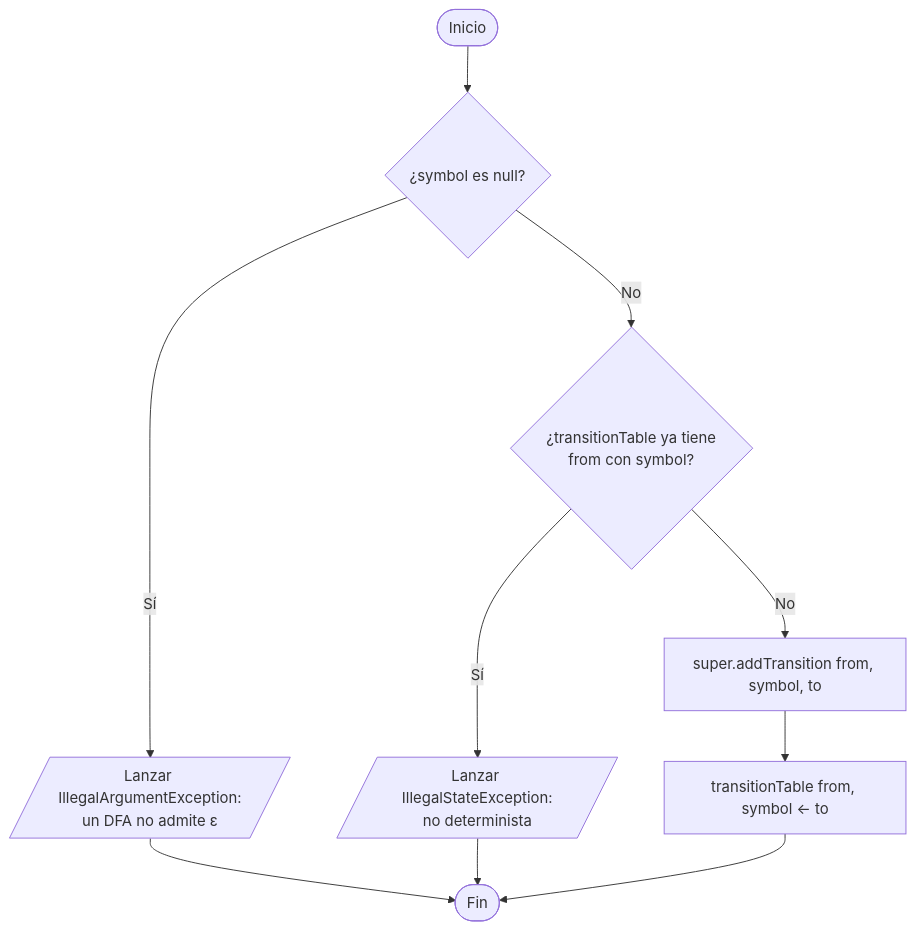
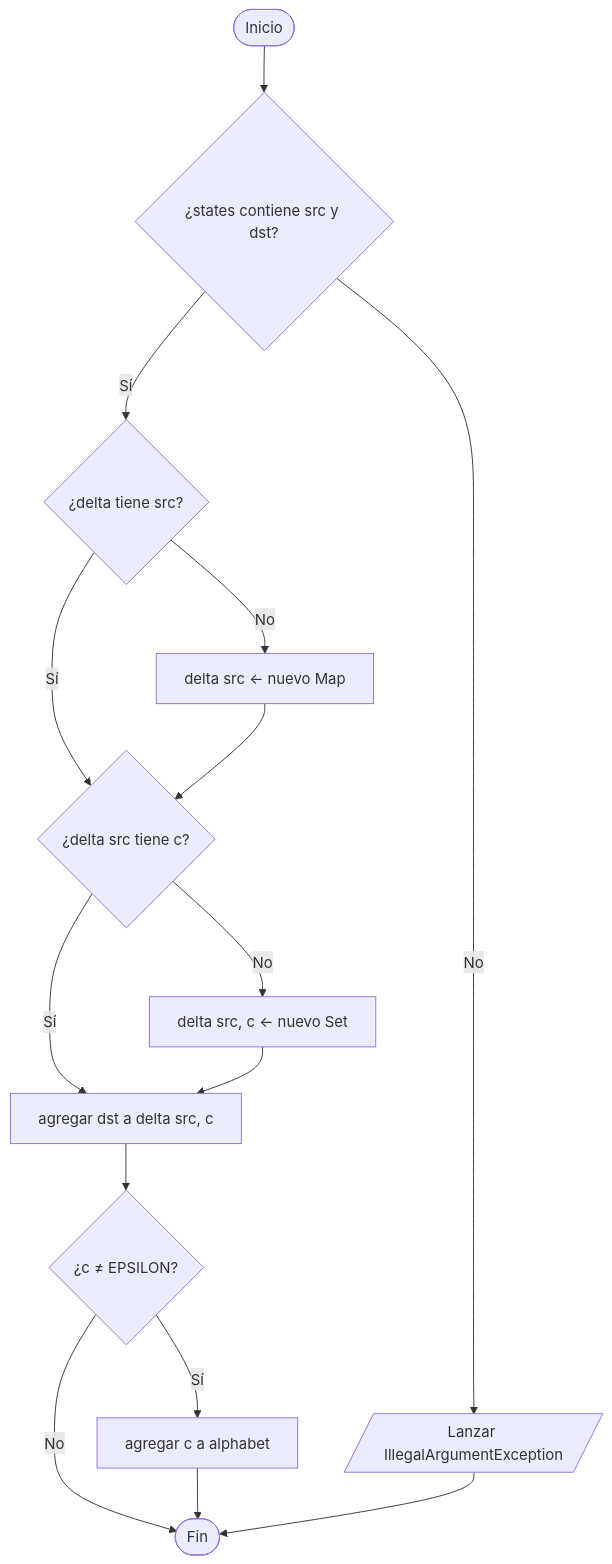
The sixth of 9 diagrams in docs/diagramas/07-modelo-automatas.md (Leosanlo30/RegEx-to-DFA-Visualizer), drawn with Mermaid before and after one commit. The commit also changed other lines of this file and 10 other files, not shown here.

Commit message:
docs: alinear diagramas de flujo con UML.md y REQUIREMENTS.md

````diff
--- a/docs/diagramas/07-modelo-automatas.md
+++ b/docs/diagramas/07-modelo-automatas.md
@@ -156,12 +76,17 @@
 ```mermaid
 flowchart TD
-    A([Inicio]) --> B{¿symbol es null?}
-    B -- Sí --> ERR1[/Lanzar IllegalArgumentException:<br/>un DFA no admite ε/]
-    B -- No --> C{¿transitionTable ya tiene<br/>from con symbol?}
-    C -- Sí --> ERR2[/Lanzar IllegalStateException:<br/>no determinista/]
-    C -- No --> D[super.addTransition from, symbol, to]
-    D --> E[transitionTable from, symbol ← to]
-    E --> Z([Fin])
-    ERR1 --> Z
-    ERR2 --> Z
+    A([Inicio]) --> B{¿states contiene src y dst?}
+    B -- No --> ERR[/Lanzar IllegalArgumentException/]
+    B -- Sí --> C{¿delta tiene src?}
+    C -- No --> D[delta src ← nuevo Map]
+    C -- Sí --> E
+    D --> E{¿delta src tiene c?}
+    E -- No --> F[delta src, c ← nuevo Set]
+    E -- Sí --> G
+    F --> G[agregar dst a delta src, c]
+    G --> H{¿c ≠ EPSILON?}
+    H -- Sí --> I[agregar c a alphabet]
+    H -- No --> Z([Fin])
+    I --> Z
+    ERR --> Z
 ```
````
